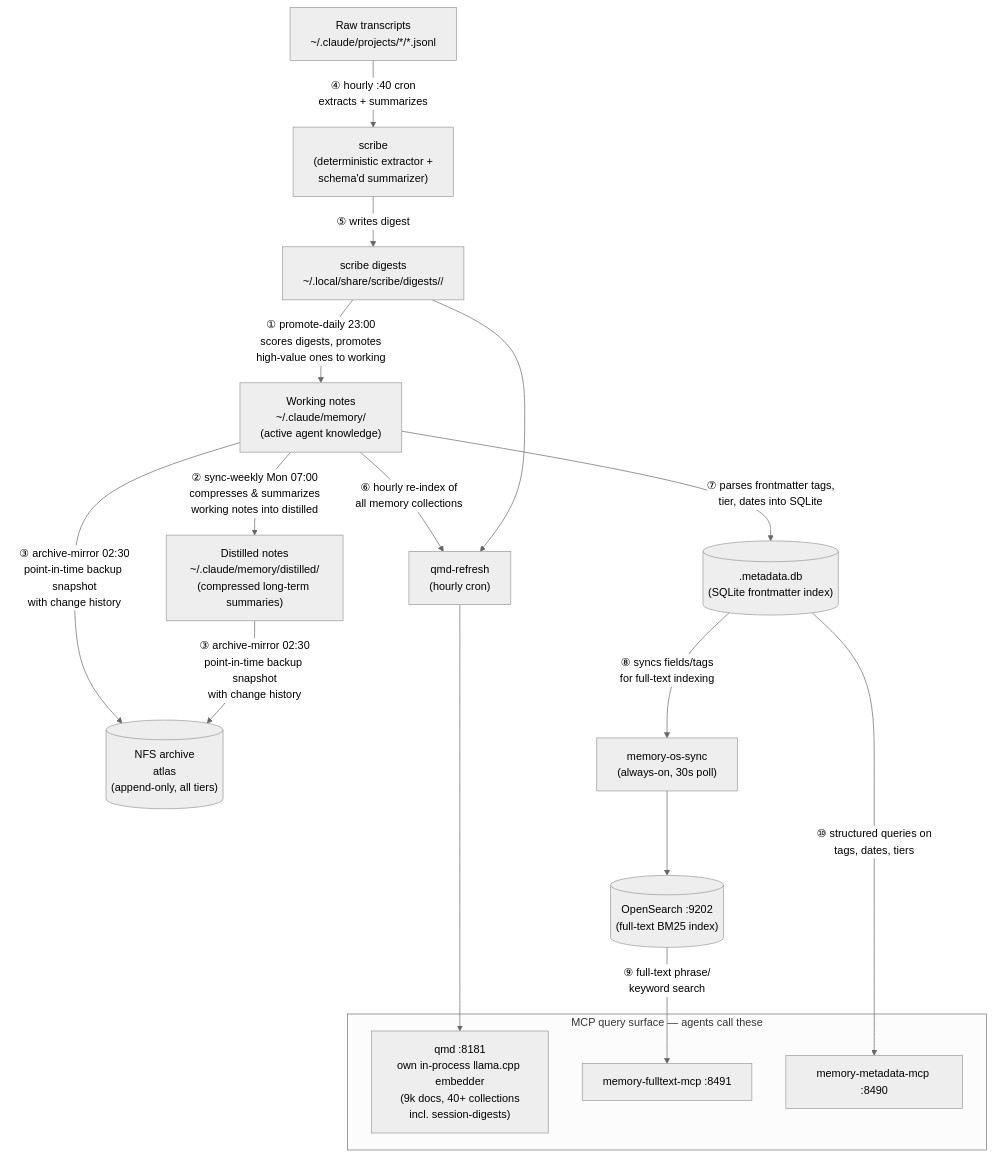
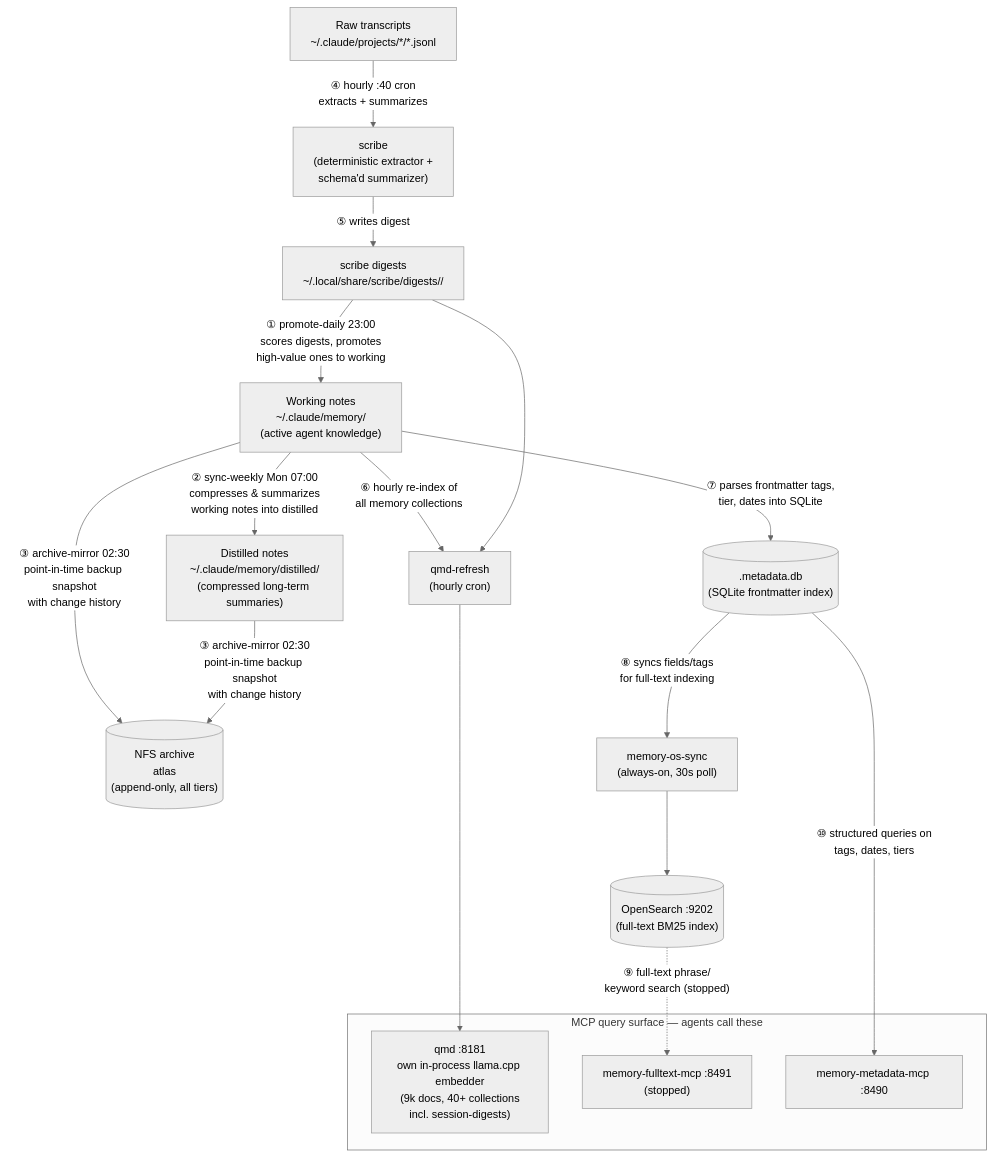
The fourth of 4 diagrams in docs/components/memory/memory-architecture.md (TadMSTR/homelab-agent), drawn with Mermaid (neutral theme) before and after one commit. The commit also changed other lines of this file and 7 other files, not shown here.

First line of the commit message:
docs(memory): mark memory-fulltext-mcp stopped, pending retirement

````diff
--- a/docs/components/memory/memory-architecture.md
+++ b/docs/components/memory/memory-architecture.md
@@ -119,29 +124,29 @@
 ```mermaid
 flowchart TD
     working["Working notes\n~/.claude/memory/\n(active agent knowledge)"]
     distilled["Distilled notes\n~/.claude/memory/distilled/\n(compressed long-term summaries)"]
     nfs[("NFS archive\natlas\n(append-only, all tiers)")]
     transcripts["Raw transcripts\n~/.claude/projects/*/*.jsonl"]
 
     transcripts -- "④ hourly :40 cron\nextracts + summarizes" --> scribe["scribe\n(deterministic extractor +\nschema'd summarizer)"]
     scribe -- "⑤ writes digest" --> digests["scribe digests\n~/.local/share/scribe/digests/<agent>/"]
     digests -- "① promote-daily 23:00\nscores digests, promotes\nhigh-value ones to working" --> working
     working -- "② sync-weekly Mon 07:00\ncompresses & summarizes\nworking notes into distilled" --> distilled
     working & distilled -- "③ archive-mirror 02:30\npoint-in-time backup snapshot\nwith change history" --> nfs
 
     working -- "⑥ hourly re-index of\nall memory collections" --> qr["qmd-refresh\n(hourly cron)"]
     digests --> qr
     qr --> qmd["qmd :8181\nown in-process llama.cpp embedder\n(9k docs, 40+ collections\nincl. session-digests)"]
 
     working -- "⑦ parses frontmatter tags,\ntier, dates into SQLite" --> metadb[(".metadata.db\n(SQLite frontmatter index)")]
     metadb -- "⑧ syncs fields/tags\nfor full-text indexing" --> os_sync["memory-os-sync\n(always-on, 30s poll)"]
     os_sync --> opensearch[("OpenSearch :9202\n(full-text BM25 index)")]
-    opensearch -- "⑨ full-text phrase/\nkeyword search" --> search_mcp["memory-fulltext-mcp :8491"]
+    opensearch -. "⑨ full-text phrase/\nkeyword search (stopped)" .-> search_mcp["memory-fulltext-mcp :8491\n(stopped)"]
     metadb -- "⑩ structured queries on\ntags, dates, tiers" --> meta_mcp["memory-metadata-mcp :8490"]
 
     subgraph "MCP query surface — agents call these"
         qmd
         meta_mcp
         search_mcp
     end
 ```
````
